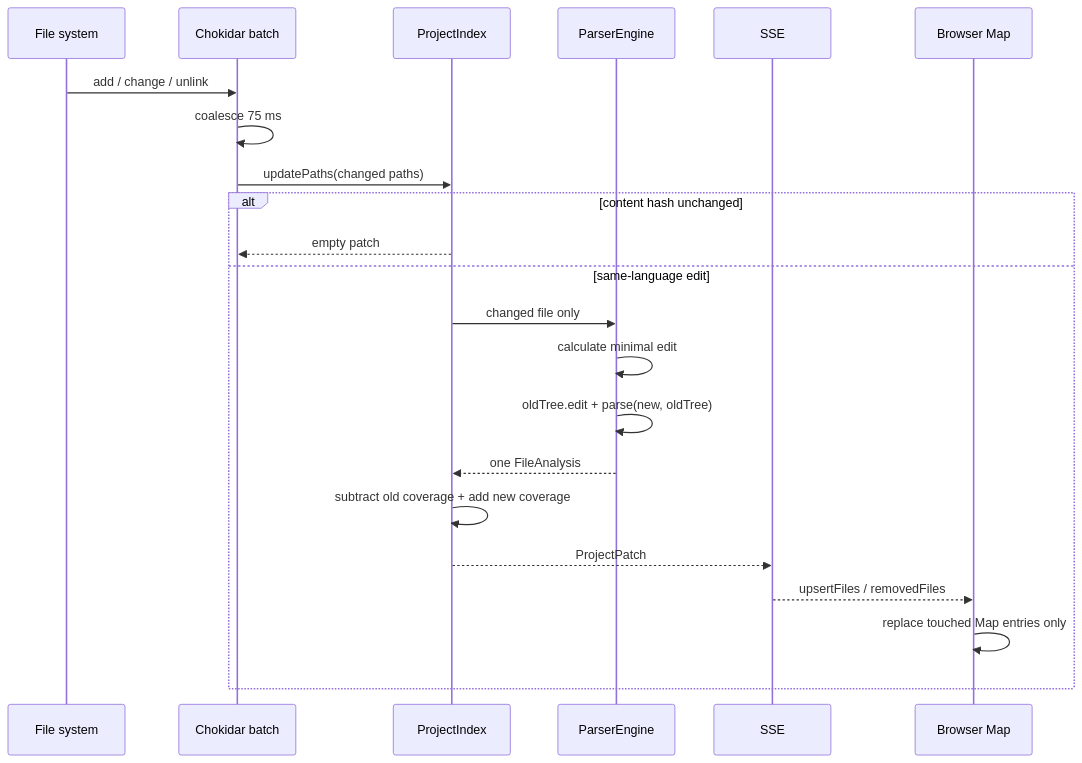
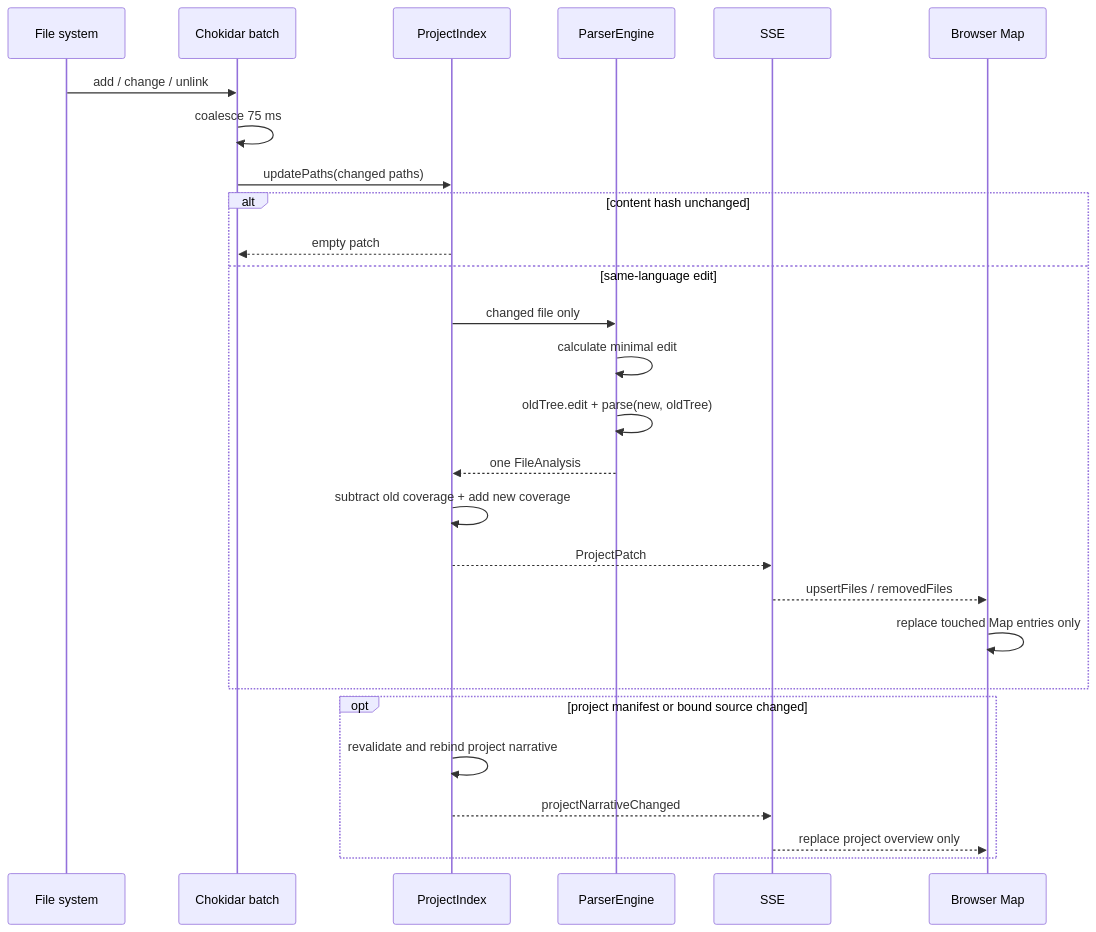
Before and after one commit to zhyma/shishan: the second of 3 diagrams in docs/architecture.md, drawn with Mermaid. The commit also changed other lines of this file and 39 other files, not shown here.

Commit message:
feat: add project narrative overview and VS Code sidebar

````diff
--- a/docs/architecture.md
+++ b/docs/architecture.md
@@ -39,24 +41,29 @@
 ```mermaid
 sequenceDiagram
   participant FS as File system
   participant Watch as Chokidar batch
   participant Index as ProjectIndex
   participant Parser as ParserEngine
   participant SSE
   participant Store as Browser Map
   FS->>Watch: add / change / unlink
   Watch->>Watch: coalesce 75 ms
   Watch->>Index: updatePaths(changed paths)
   alt content hash unchanged
     Index-->>Watch: empty patch
   else same-language edit
     Index->>Parser: changed file only
     Parser->>Parser: calculate minimal edit
     Parser->>Parser: oldTree.edit + parse(new, oldTree)
     Parser-->>Index: one FileAnalysis
     Index->>Index: subtract old coverage + add new coverage
     Index-->>SSE: ProjectPatch
     SSE-->>Store: upsertFiles / removedFiles
     Store->>Store: replace touched Map entries only
   end
+  opt project manifest or bound source changed
+    Index->>Index: revalidate and rebind project narrative
+    Index-->>SSE: projectNarrativeChanged
+    SSE-->>Store: replace project overview only
+  end
 ```
````
